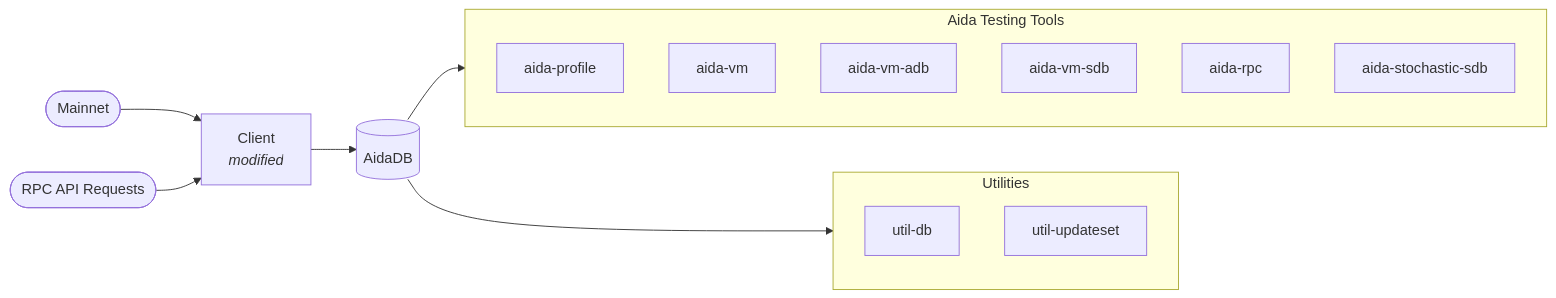
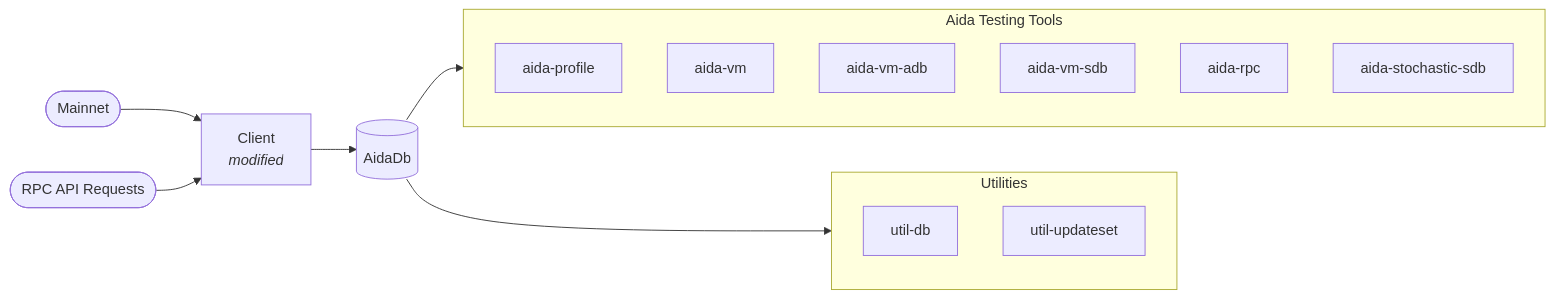
The diagram in docs/Aida.md (0xsoniclabs/aida), drawn with Mermaid before and after one commit. The commit also changed other lines of this file and 4 other files, not shown here.

````diff
--- a/docs/Aida.md
+++ b/docs/Aida.md
@@ -16,22 +16,22 @@
 ```mermaid
 graph LR
     Mainnet([Mainnet]) --> Client[Client<br><i>modified</i>]
     RPC([RPC API Requests]) --> Client
-    Client --> AidaDB[(AidaDB)]
-    AidaDB --> Tools
-    AidaDB --> Utils
+    Client --> AidaDb[(AidaDb)]
+    AidaDb --> Tools
+    AidaDb --> Utils
 
     subgraph Tools["Aida Testing Tools"]
         prof[aida-profile]
         vm[aida-vm]
         adb[aida-vm-adb]
         sdb[aida-vm-sdb]
         rpc[aida-rpc]
         stoch[aida-stochastic-sdb]
     end
 
     subgraph Utils["Utilities"]
         udb[util-db]
         uup[util-updateset]
     end
 ```
````
